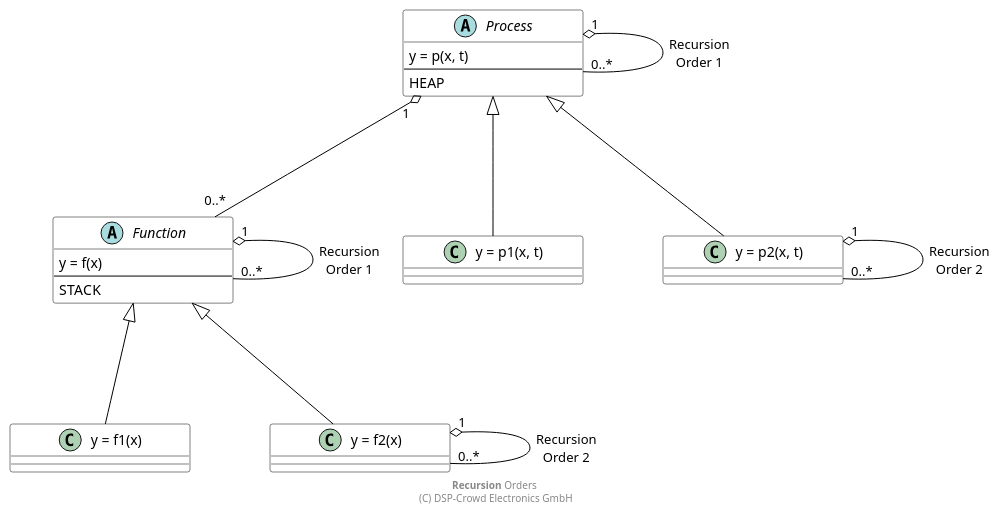
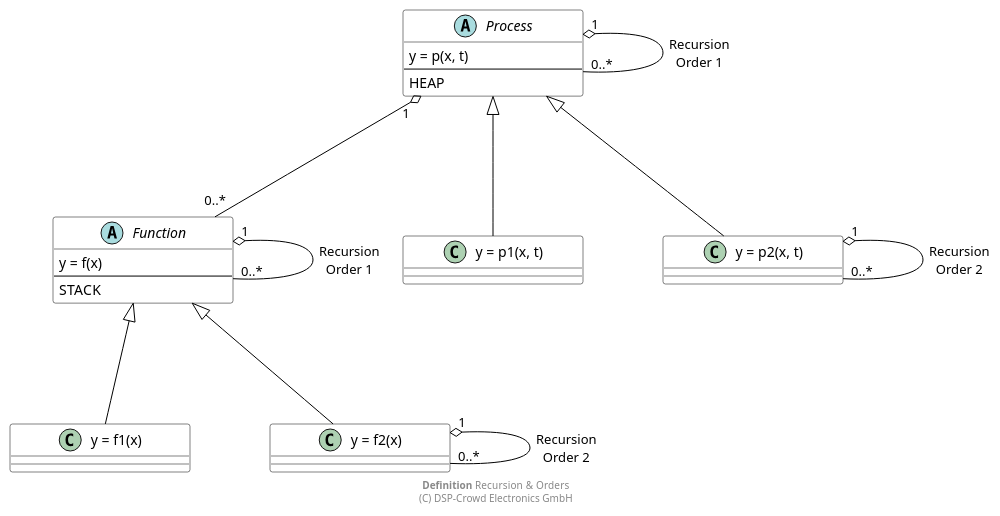
One commit to NoOrientationProgramming/NopExamples changed the diagram in doc/system/definitions/recursion.pu. Above: the diagram before and after it, drawn with PlantUML. The commit also changed 6 other files, not shown here.

```diff
--- a/doc/system/definitions/recursion.pu
+++ b/doc/system/definitions/recursion.pu
@@ -2,45 +2,45 @@
 @startuml
 
 ' skinparam linetype ortho
 skinparam minClassWidth 180
 
 skinparam nodesep 80
 skinparam ranksep 120
 
 skinparam class {
 	BackgroundColor White
 	ArrowColor Black
 	BorderColor Black
 }
 
 abstract class "Process" as proc {
   y = p(x, t)
   --
   HEAP
 }
 
 abstract class "Function" as func {
   y = f(x)
   --
   STACK
 }
 
 class "y = p1(x, t)" as proc1 {}
 class "y = p2(x, t)" as proc2 {}
 
 class "y = f1(x)" as func1 {}
 class "y = f2(x)" as func2 {}
 
 proc "1" o-d- "0..*" proc : "Recursion\nOrder 1"
 func "1" o-d- "0..*" func : "Recursion\nOrder 1"
 proc "1" o-d- "0..*" func
 proc <|-d- proc1
 proc <|-d- proc2
 func <|-d- func2
 func <|-d- func1
 proc2 "1" o-d- "0..*" proc2 : "Recursion\nOrder 2"
 func2 "1" o-d- "0..*" func2 : "Recursion\nOrder 2"
 
-footer **Recursion** Orders \n(C) DSP-Crowd Electronics GmbH
+footer **Definition** Recursion  & Orders\n(C) DSP-Crowd Electronics GmbH
 
 @enduml
```
